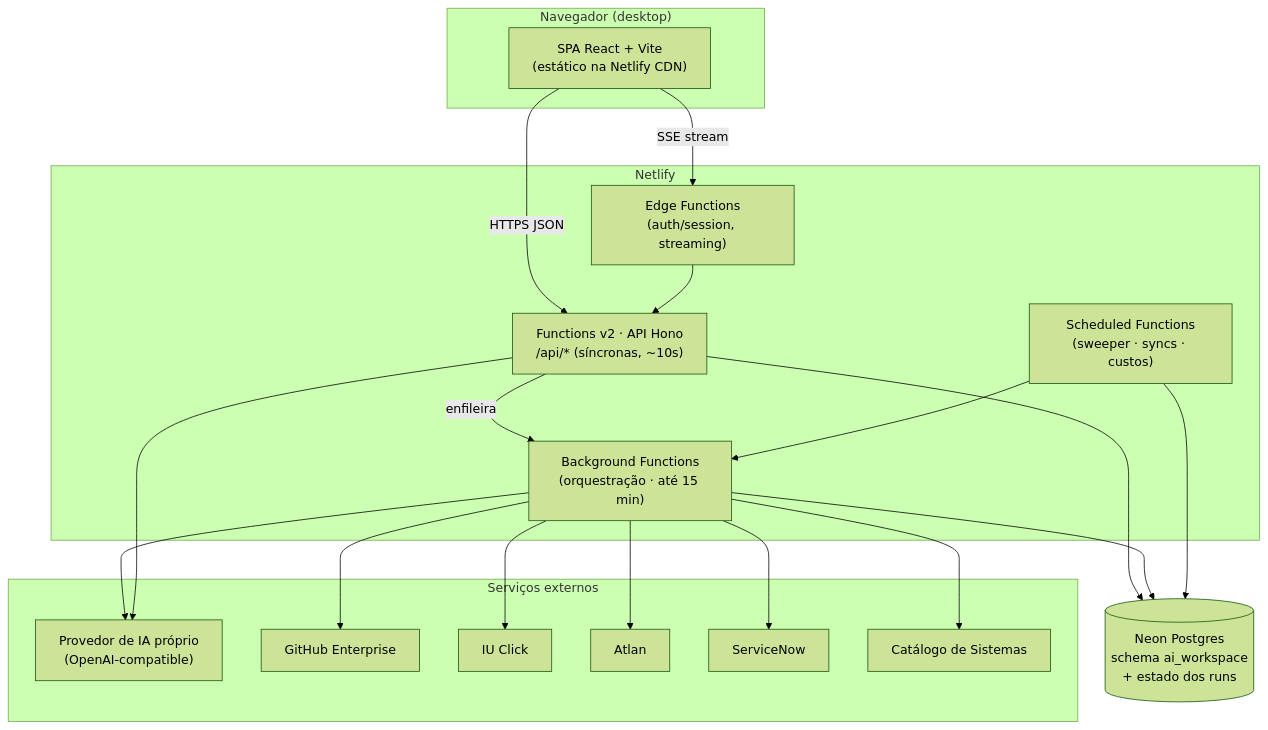
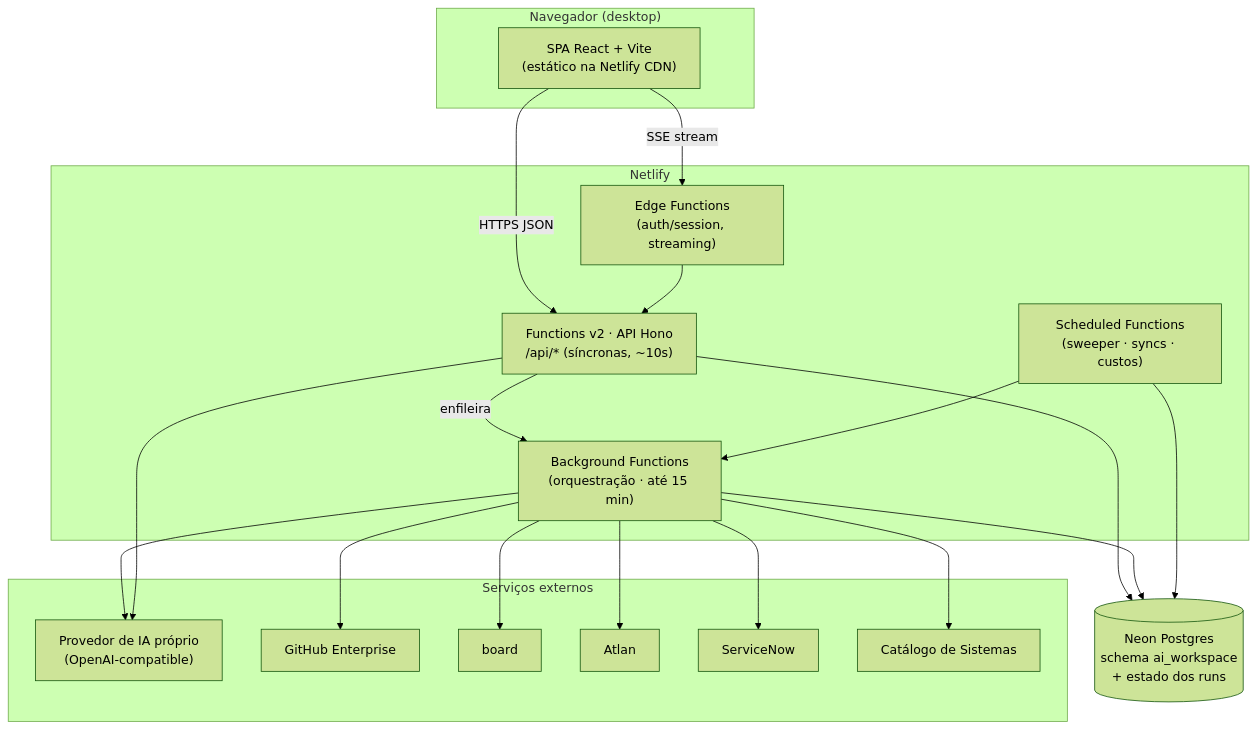
One commit to alverub89/virtual-teams changed the diagram in docs/spec/ai-workspace-especificacao-tecnica.md. Above: the diagram before and after it, drawn with Mermaid (forest theme). The commit also changed other lines of this file and 20 other files, not shown here.

````diff
--- a/docs/spec/ai-workspace-especificacao-tecnica.md
+++ b/docs/spec/ai-workspace-especificacao-tecnica.md
@@ -30,36 +30,36 @@
 ```mermaid
 flowchart TB
     subgraph Cliente["Navegador (desktop)"]
         SPA["SPA React + Vite<br/>(estático na Netlify CDN)"]
     end
 
     subgraph Netlify["Netlify"]
         EF["Edge Functions<br/>(auth/session, streaming)"]
         API["Functions v2 · API Hono<br/>/api/*  (síncronas, ~10s)"]
         BG["Background Functions<br/>(orquestração · até 15 min)"]
         CRON["Scheduled Functions<br/>(sweeper · syncs · custos)"]
     end
 
     subgraph Externo["Serviços externos"]
         AI["Provedor de IA próprio<br/>(OpenAI-compatible)"]
         GH["GitHub Enterprise"]
-        IUC["IU Click"]
+        IUC["board"]
         ATL["Atlan"]
         SNOW["ServiceNow"]
         CAT["Catálogo de Sistemas"]
     end
 
     NEON[("Neon Postgres<br/>schema ai_workspace<br/>+ estado dos runs")]
 
     SPA -->|HTTPS JSON| API
     SPA -->|SSE stream| EF
     EF --> API
     API --> NEON
     API -->|enfileira| BG
     BG --> NEON
     BG --> AI
     BG --> GH & IUC & ATL & SNOW & CAT
     CRON --> NEON
     CRON --> BG
     API --> AI
 ```
````
